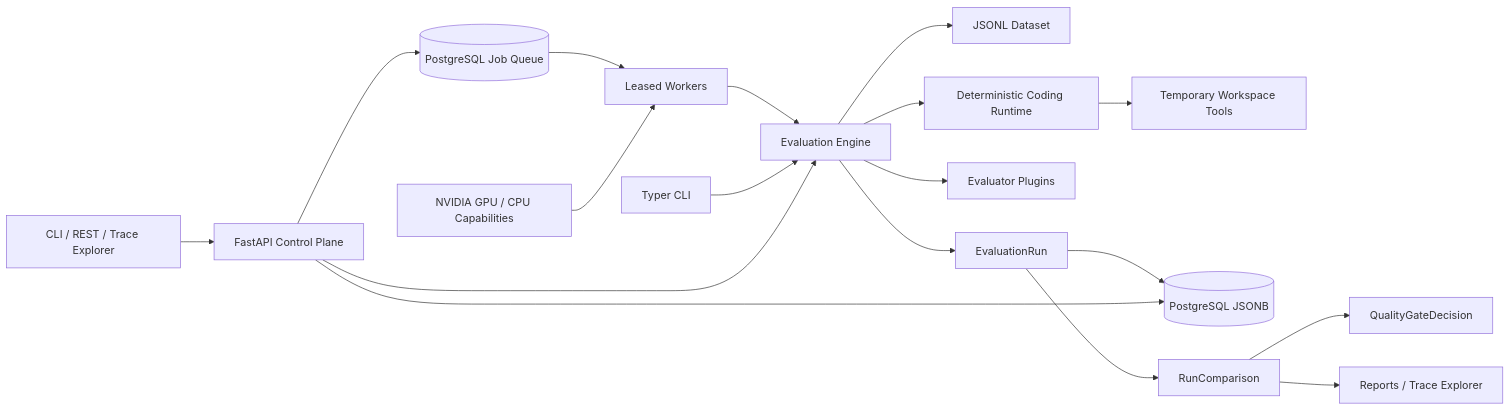
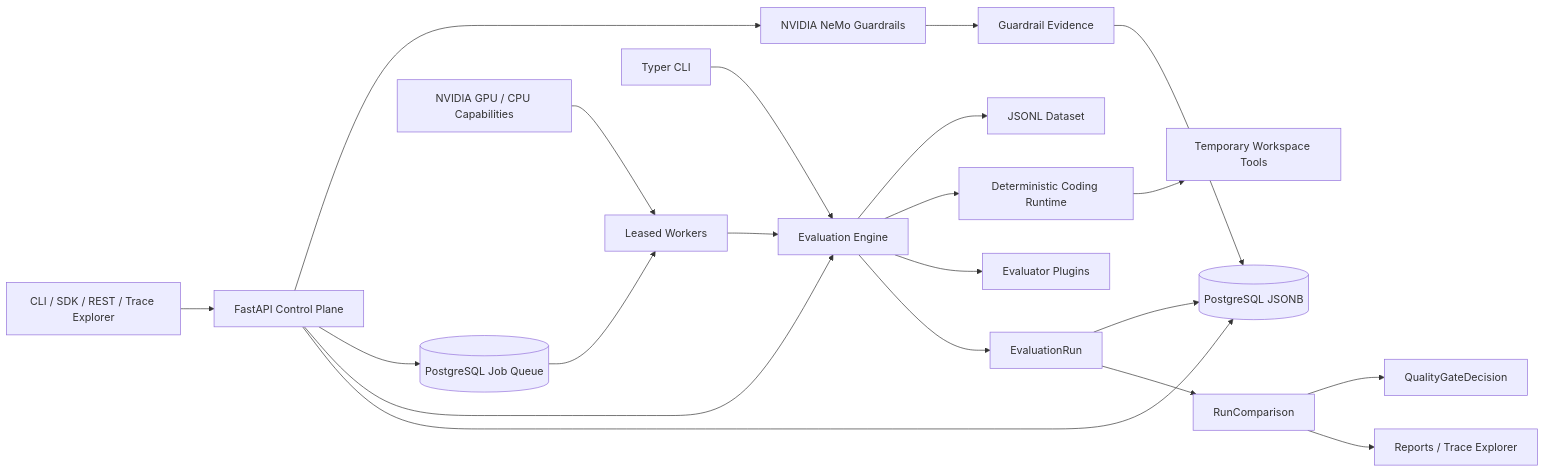
The diagram in README.md (JeremyDemers/Agent-Eval-Control-Plane), drawn with Mermaid before and after one commit. The commit also changed other lines of this file and 17 other files, not shown here.

Commit message:
Add durable Guardrails evidence

````diff
--- a/README.md
+++ b/README.md
@@ -141,20 +141,23 @@
 ```mermaid
 flowchart LR
-  Clients[CLI / REST / Trace Explorer] --> API[FastAPI Control Plane]
+  Clients[CLI / SDK / REST / Trace Explorer] --> API[FastAPI Control Plane]
+  API --> Guardrails[NVIDIA NeMo Guardrails]
+  Guardrails --> Evidence[Guardrail Evidence]
+  Evidence --> PG
   API --> Queue[(PostgreSQL Job Queue)]
   Queue --> Workers[Leased Workers]
   Hardware[NVIDIA GPU / CPU Capabilities] --> Workers
   Workers --> Engine
   CLI[Typer CLI] --> Engine[Evaluation Engine]
   API --> Engine
   Engine --> Dataset[JSONL Dataset]
   Engine --> Runtime[Deterministic Coding Runtime]
   Runtime --> Sandbox[Temporary Workspace Tools]
   Engine --> Evaluators[Evaluator Plugins]
   Engine --> Run[EvaluationRun]
   Run --> PG[(PostgreSQL JSONB)]
   API --> PG
   Run --> Compare[RunComparison]
   Compare --> Gate[QualityGateDecision]
   Compare --> HTML[Reports / Trace Explorer]
 ```
````
